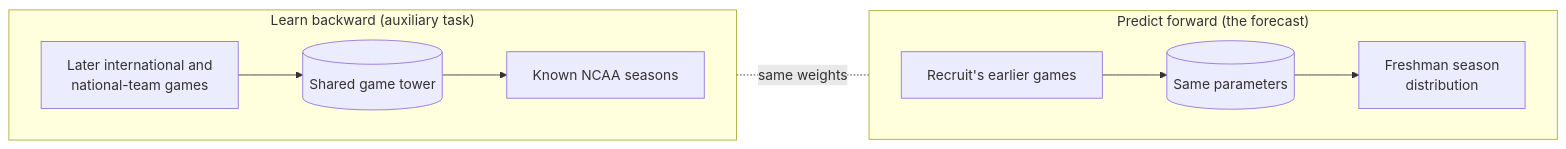
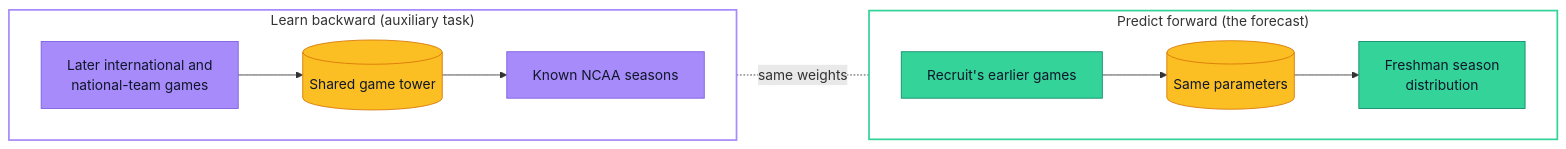
One commit to aaronjdanielson/future_proves_past changed the diagram in README.md. Above: the diagram before and after it, drawn with Mermaid. The commit also changed other lines of this file and 2 other files, not shown here.

````diff
--- a/README.md
+++ b/README.md
@@ -30,12 +48,20 @@
 ```mermaid
 flowchart LR
   subgraph B["Learn backward (auxiliary task)"]
     direction LR
     L["Later international and<br/>national-team games"] --> N1[("Shared game tower")] --> K["Known NCAA seasons"]
   end
   subgraph F["Predict forward (the forecast)"]
     direction LR
     R["Recruit's earlier games"] --> N2[("Same parameters")] --> S["Freshman season<br/>distribution"]
   end
   N1 -. same weights .- N2
+  classDef back fill:#A78BFA,stroke:#7C5CE0,color:#0F172A
+  classDef fwd fill:#34D399,stroke:#0F8A6B,color:#0F172A
+  classDef tower fill:#FBBF24,stroke:#D97706,color:#0F172A
+  class L,K back
+  class R,S fwd
+  class N1,N2 tower
+  style B fill:none,stroke:#A78BFA,stroke-width:2px
+  style F fill:none,stroke:#34D399,stroke-width:2px
 ```
````
